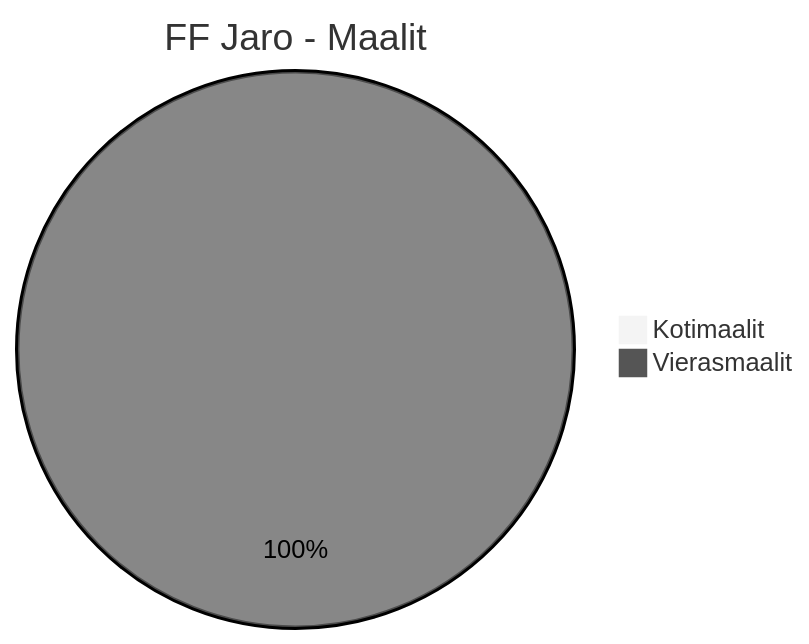
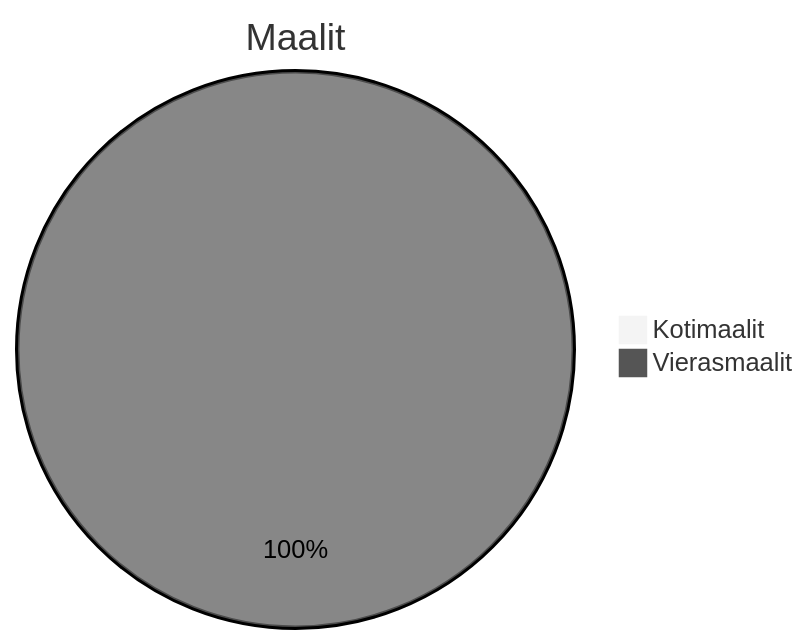
Before and after one commit to Linux88888/Veikkausliiga2025: diagram 11 of 27 in Yleisö2025.md, drawn with Mermaid (neutral theme). The commit also changed other lines of this file, not shown here.

````diff
--- a/Yleisö2025.md
+++ b/Yleisö2025.md
@@ -97,5 +95,5 @@
 ```mermaid
-pie title FF Jaro - Maalit
+pie title Maalit
     "Kotimaalit" : 0
     "Vierasmaalit" : 3
 ```
````
